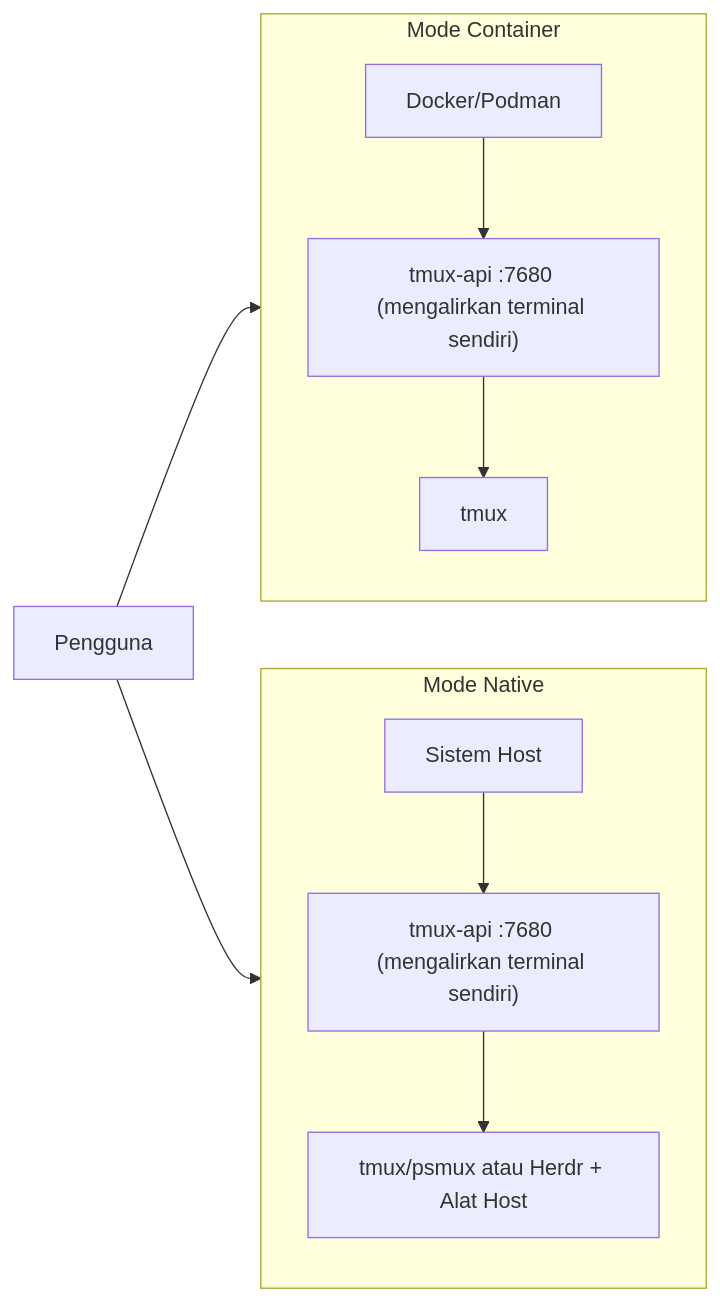
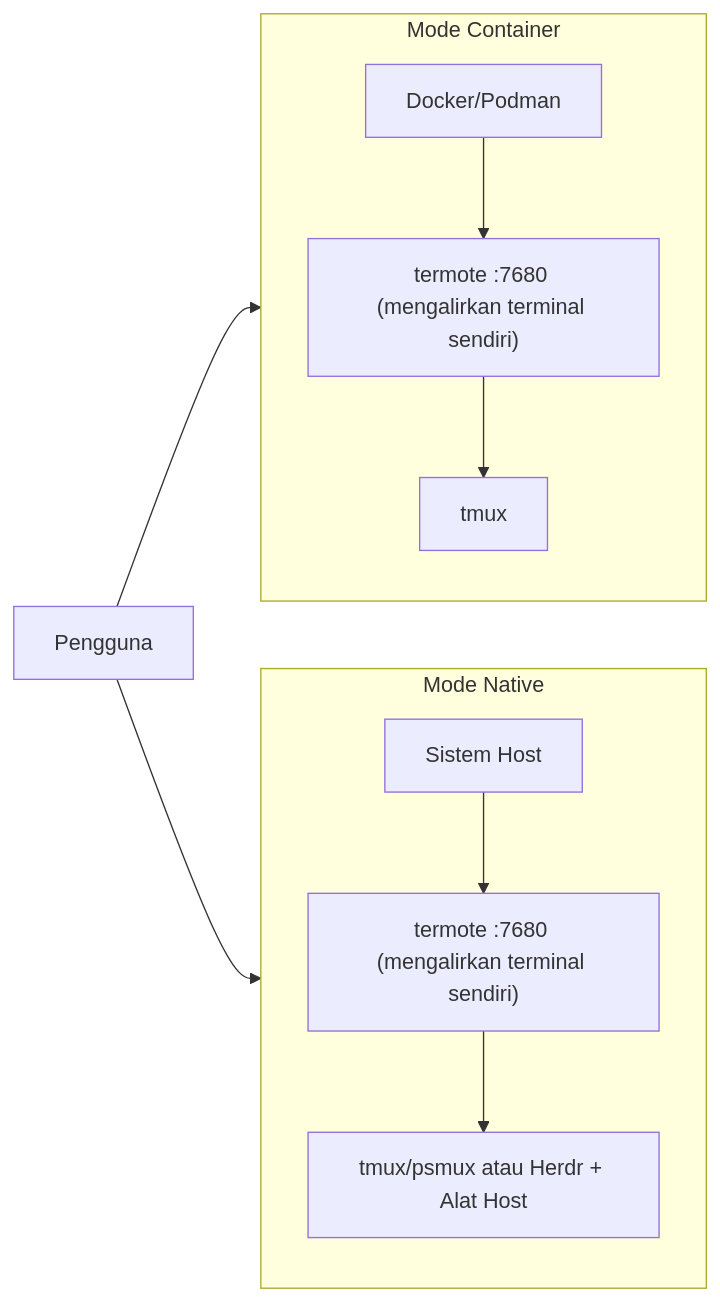
Before and after one commit to lamngockhuong/termote: the second of 2 diagrams in README.id.md, drawn with Mermaid. The commit also changed other lines of this file and 107 other files, not shown here.

First line of the commit message:
refactor!: rename tmux-api to server and its binary to termote (#215)

````diff
--- a/README.id.md
+++ b/README.id.md
@@ -224,14 +224,14 @@
 ```mermaid
 flowchart LR
     subgraph Container["Mode Container"]
         direction TB
-        C1["Docker/Podman"] --> C2["tmux-api :7680 (mengalirkan terminal sendiri)"] --> C3["tmux"]
+        C1["Docker/Podman"] --> C2["termote :7680 (mengalirkan terminal sendiri)"] --> C3["tmux"]
     end
 
     subgraph Native["Mode Native"]
         direction TB
-        N1["Sistem Host"] --> N2["tmux-api :7680 (mengalirkan terminal sendiri)"] --> N3["tmux/psmux atau Herdr + Alat Host"]
+        N1["Sistem Host"] --> N2["termote :7680 (mengalirkan terminal sendiri)"] --> N3["tmux/psmux atau Herdr + Alat Host"]
     end
 
     User["Pengguna"] --> Container & Native
 ```
````
